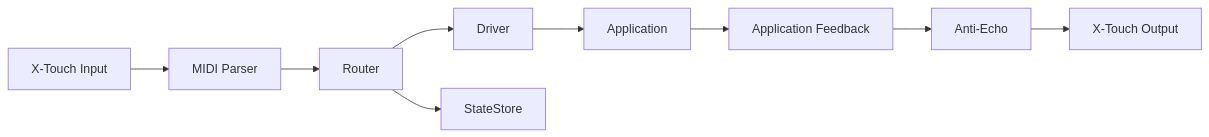
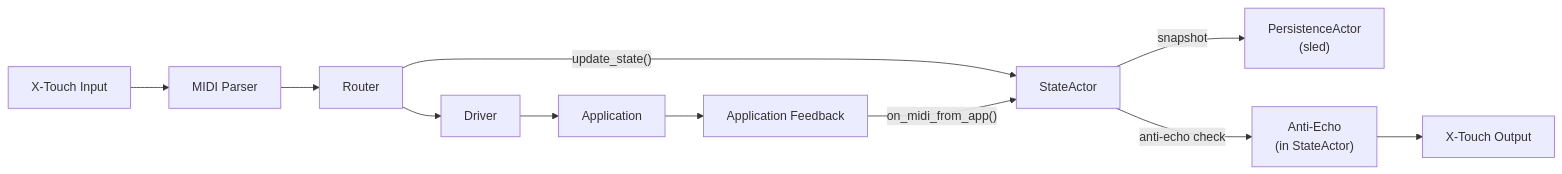
Before and after one commit to JulienCr/xtouch-gw: the diagram in CLAUDE.md, drawn with Mermaid. The commit also changed other lines of this file and 18 other files, not shown here.

````diff
--- a/CLAUDE.md
+++ b/CLAUDE.md
@@ -60,23 +74,25 @@
 ```mermaid
 flowchart LR
     XT_IN["X-Touch Input"]
     PARSER["MIDI Parser"]
     ROUTER["Router"]
     DRV["Driver"]
     APP["Application"]
-    STORE["StateStore"]
+    ACTOR["StateActor"]
+    PERSIST["PersistenceActor<br/>(sled)"]
     FEEDBACK["Application Feedback"]
-    ANTIECHO["Anti-Echo"]
+    ANTIECHO["Anti-Echo<br/>(in StateActor)"]
     XT_OUT["X-Touch Output"]
 
     XT_IN --> PARSER
     PARSER --> ROUTER
     ROUTER --> DRV
     DRV --> APP
 
-    ROUTER --> STORE
+    ROUTER -- "update_state()" --> ACTOR
     APP --> FEEDBACK
-    FEEDBACK --> ANTIECHO
+    FEEDBACK -- "on_midi_from_app()" --> ACTOR
+    ACTOR -- "snapshot" --> PERSIST
+    ACTOR -- "anti-echo check" --> ANTIECHO
     ANTIECHO --> XT_OUT
-
 ```
````
